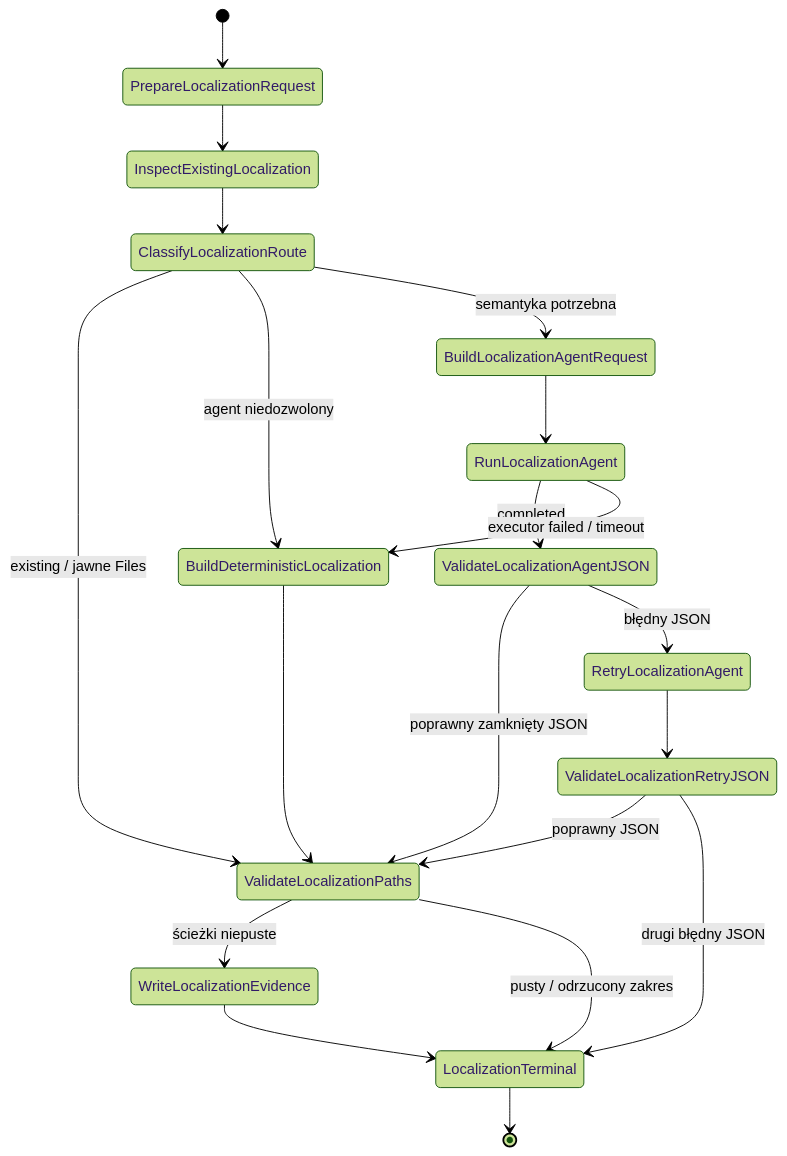
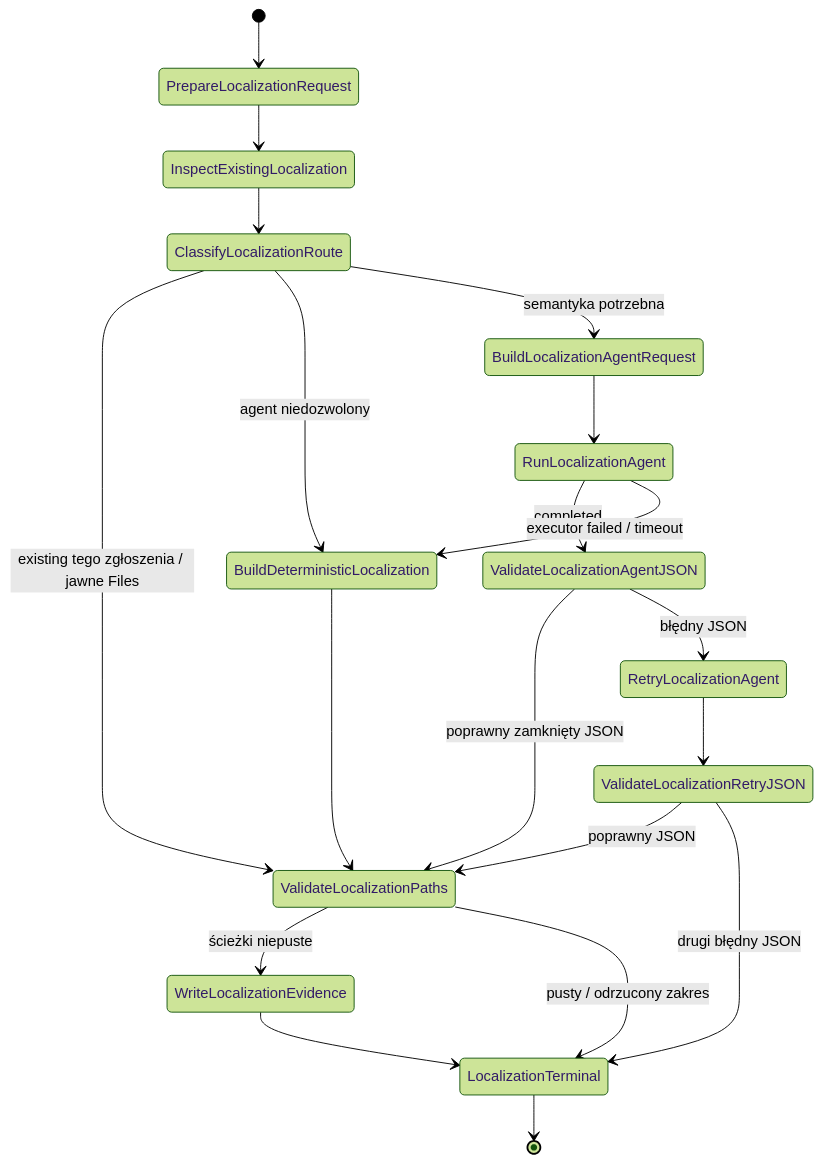
Before and after one commit to mikolaj92/lokay: diagram 19 of 46 in README.md, drawn with Mermaid (forest theme). The commit also changed other lines of this file and 9 other files, not shown here.

````diff
--- a/README.md
+++ b/README.md
@@ -550,22 +550,22 @@
 ```mermaid
 stateDiagram-v2
     [*] --> PrepareLocalizationRequest
     PrepareLocalizationRequest --> InspectExistingLocalization
     InspectExistingLocalization --> ClassifyLocalizationRoute
-    ClassifyLocalizationRoute --> ValidateLocalizationPaths: existing / jawne Files
+    ClassifyLocalizationRoute --> ValidateLocalizationPaths: existing tego zgłoszenia / jawne Files
     ClassifyLocalizationRoute --> BuildDeterministicLocalization: agent niedozwolony
     ClassifyLocalizationRoute --> BuildLocalizationAgentRequest: semantyka potrzebna
     BuildLocalizationAgentRequest --> RunLocalizationAgent
     RunLocalizationAgent --> ValidateLocalizationAgentJSON: completed
     RunLocalizationAgent --> BuildDeterministicLocalization: executor failed / timeout
     ValidateLocalizationAgentJSON --> ValidateLocalizationPaths: poprawny zamknięty JSON
     ValidateLocalizationAgentJSON --> RetryLocalizationAgent: błędny JSON
     RetryLocalizationAgent --> ValidateLocalizationRetryJSON
     ValidateLocalizationRetryJSON --> ValidateLocalizationPaths: poprawny JSON
     ValidateLocalizationRetryJSON --> LocalizationTerminal: drugi błędny JSON
     BuildDeterministicLocalization --> ValidateLocalizationPaths
     ValidateLocalizationPaths --> WriteLocalizationEvidence: ścieżki niepuste
     ValidateLocalizationPaths --> LocalizationTerminal: pusty / odrzucony zakres
     WriteLocalizationEvidence --> LocalizationTerminal
     LocalizationTerminal --> [*]
 ```
````
